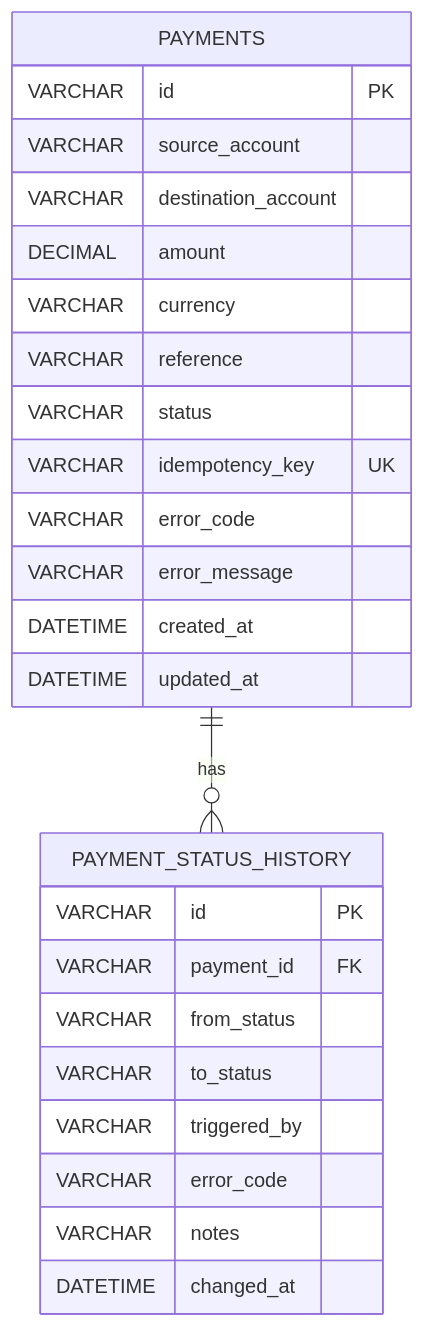
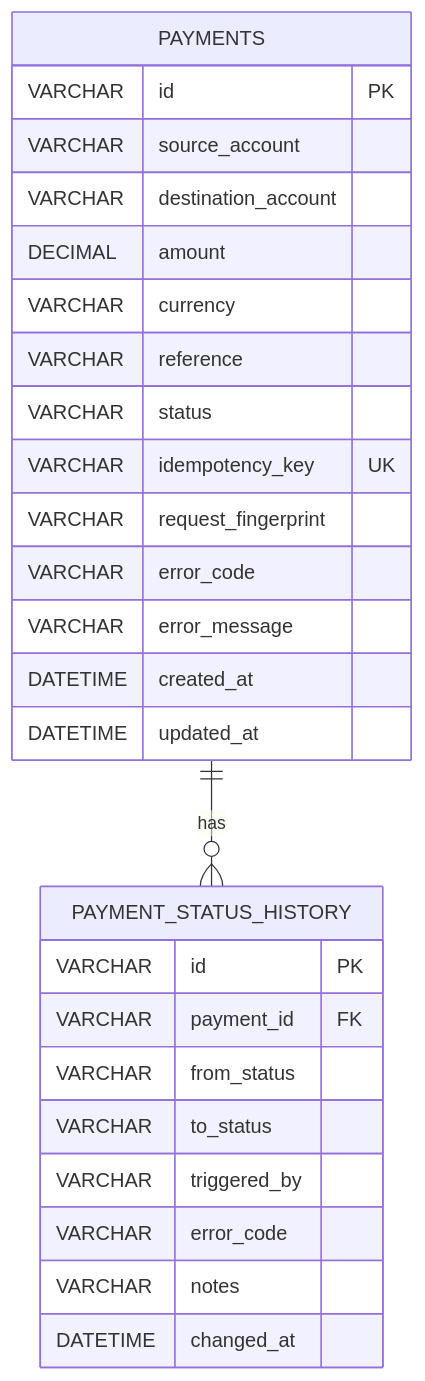
One commit to Neueda-Learning/MidnightBuilders changed the diagram in docs/database-design.md. Above: the diagram before and after it, drawn with Mermaid. The commit also changed other lines of this file and 5 other files, not shown here.

````diff
--- a/docs/database-design.md
+++ b/docs/database-design.md
@@ -20,33 +22,34 @@
 ```mermaid
 erDiagram
 
     PAYMENTS ||--o{ PAYMENT_STATUS_HISTORY : has
 
 
     PAYMENTS {
         VARCHAR id PK
         VARCHAR source_account
         VARCHAR destination_account
         DECIMAL amount
         VARCHAR currency
         VARCHAR reference
         VARCHAR status
         VARCHAR idempotency_key UK
+        VARCHAR request_fingerprint
         VARCHAR error_code
         VARCHAR error_message
         DATETIME created_at
         DATETIME updated_at
     }
 
 
     PAYMENT_STATUS_HISTORY {
         VARCHAR id PK
         VARCHAR payment_id FK
         VARCHAR from_status
         VARCHAR to_status
         VARCHAR triggered_by
         VARCHAR error_code
         VARCHAR notes
         DATETIME changed_at
     }
 ```
````
